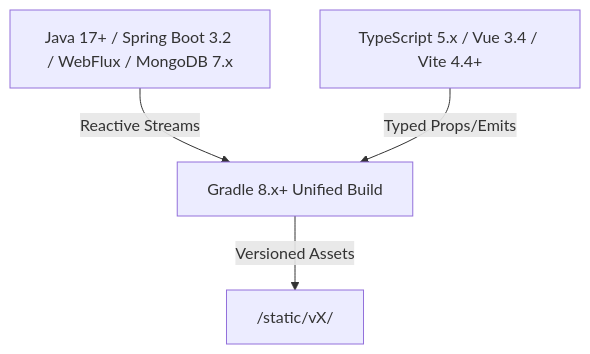
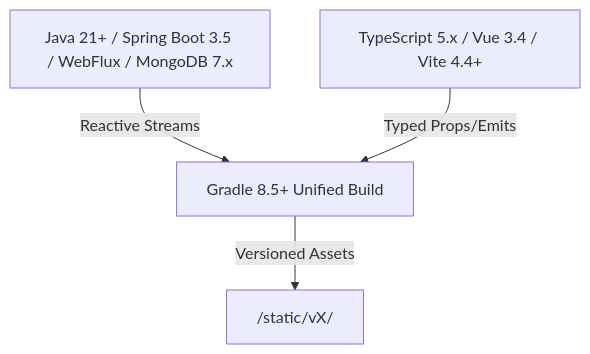
One commit to Lezhik/webflux-solo-vibe-coding-starter changed the diagram in rules/01-project/02-technology-stack.md. Above: the diagram before and after it, drawn with Mermaid. The commit also changed other lines of this file and 8 other files, not shown here.

````diff
--- a/rules/01-project/02-technology-stack.md
+++ b/rules/01-project/02-technology-stack.md
@@ -26,6 +26,6 @@
    ```mermaid
    graph TD
-     Backend[Java 17+ / Spring Boot 3.2 / WebFlux / MongoDB 7.x] -->|Reactive Streams| Integration[Gradle 8.x+ Unified Build]
+     Backend[Java 21+ / Spring Boot 3.5 / WebFlux / MongoDB 7.x] -->|Reactive Streams| Integration[Gradle 8.5+ Unified Build]
      Frontend[TypeScript 5.x / Vue 3.4 / Vite 4.4+] -->|Typed Props/Emits| Integration
      Integration -->|Versioned Assets| Static[ /static/vX/ ]
    ```
````
